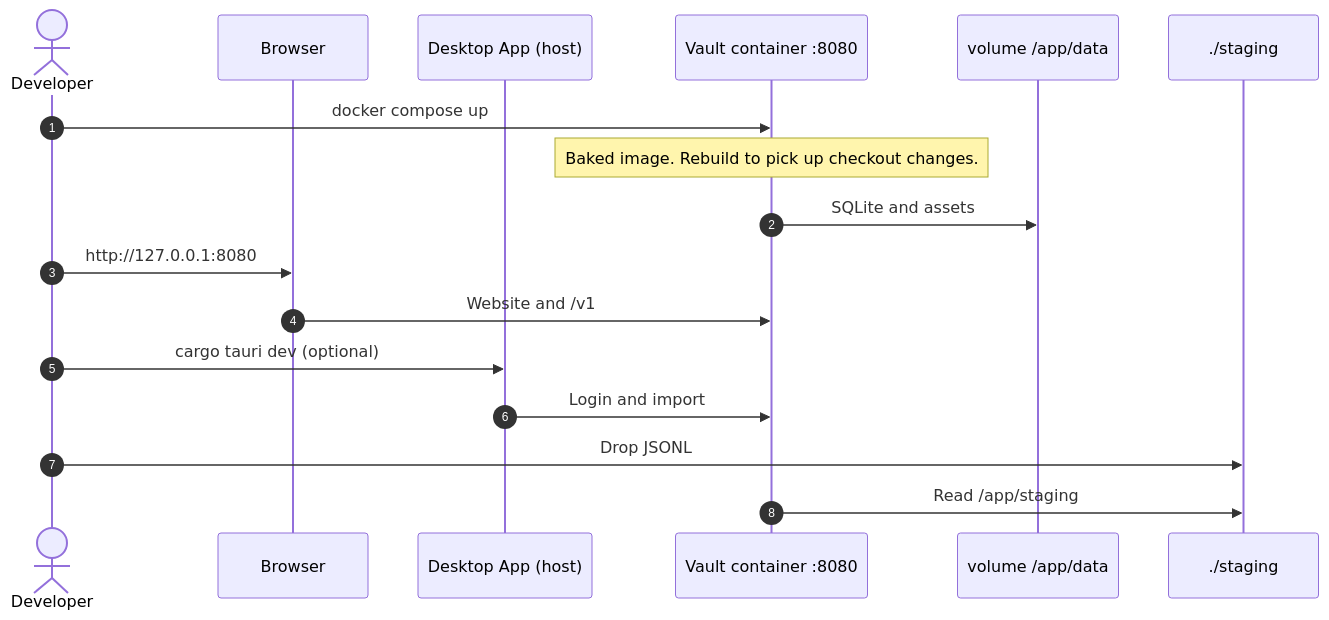
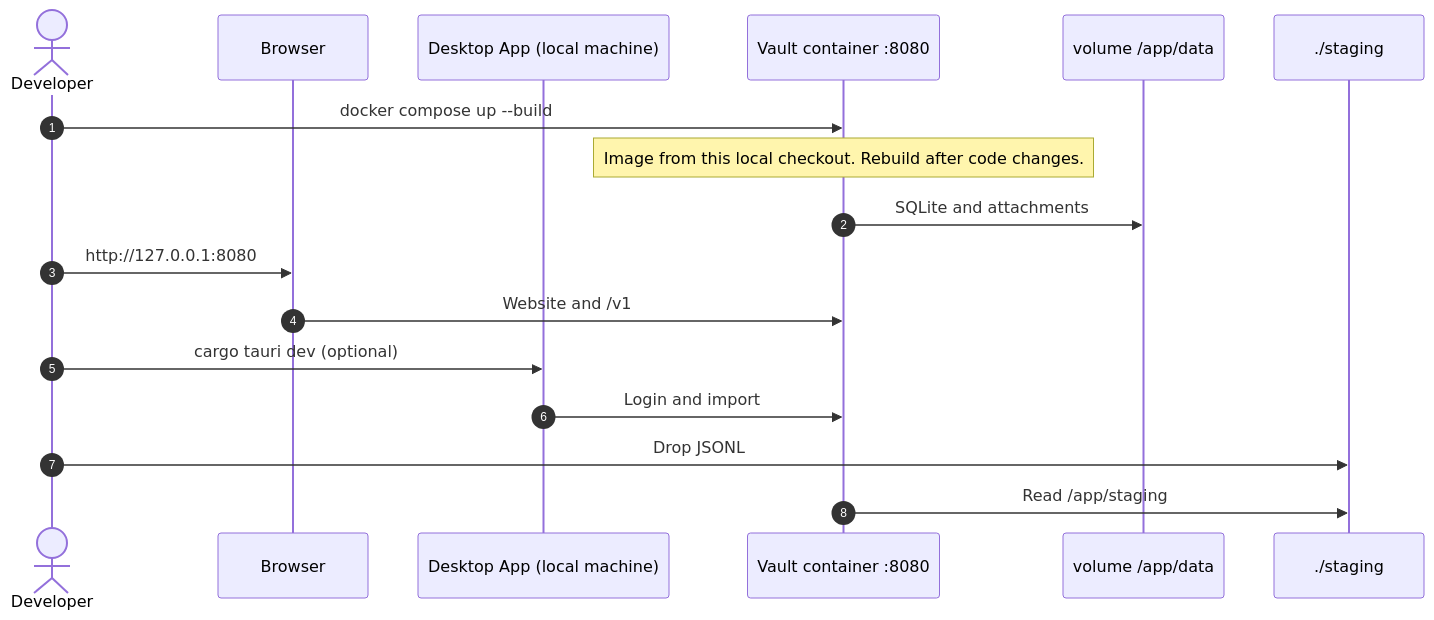
The diagram in docs/src/content/docs/vault/developer/docker.md (bitrealm-dev/message-vault), drawn with Mermaid before and after one commit. The commit also changed other lines of this file and 2 other files, not shown here.

First line of the commit message:
docs(docker): rewrite developer Docker page

````diff
--- a/docs/src/content/docs/vault/developer/docker.md
+++ b/docs/src/content/docs/vault/developer/docker.md
@@ -27,20 +126,20 @@
 ```mermaid
 sequenceDiagram
     autonumber
     actor Dev as Developer
     participant Browser
-    participant App as Desktop App (host)
+    participant App as Desktop App (local machine)
     participant Vault as Vault container :8080
     participant Data as volume /app/data
     participant Staging as ./staging
 
-    Dev->>Vault: docker compose up
-    Note over Vault: Baked image. Rebuild to pick up checkout changes.
-    Vault->>Data: SQLite and assets
+    Dev->>Vault: docker compose up --build
+    Note over Vault: Image from this local checkout. Rebuild after code changes.
+    Vault->>Data: SQLite and attachments
     Dev->>Browser: http://127.0.0.1:8080
     Browser->>Vault: Website and /v1
     Dev->>App: cargo tauri dev (optional)
     App->>Vault: Login and import
     Dev->>Staging: Drop JSONL
     Vault->>Staging: Read /app/staging
 ```
````
